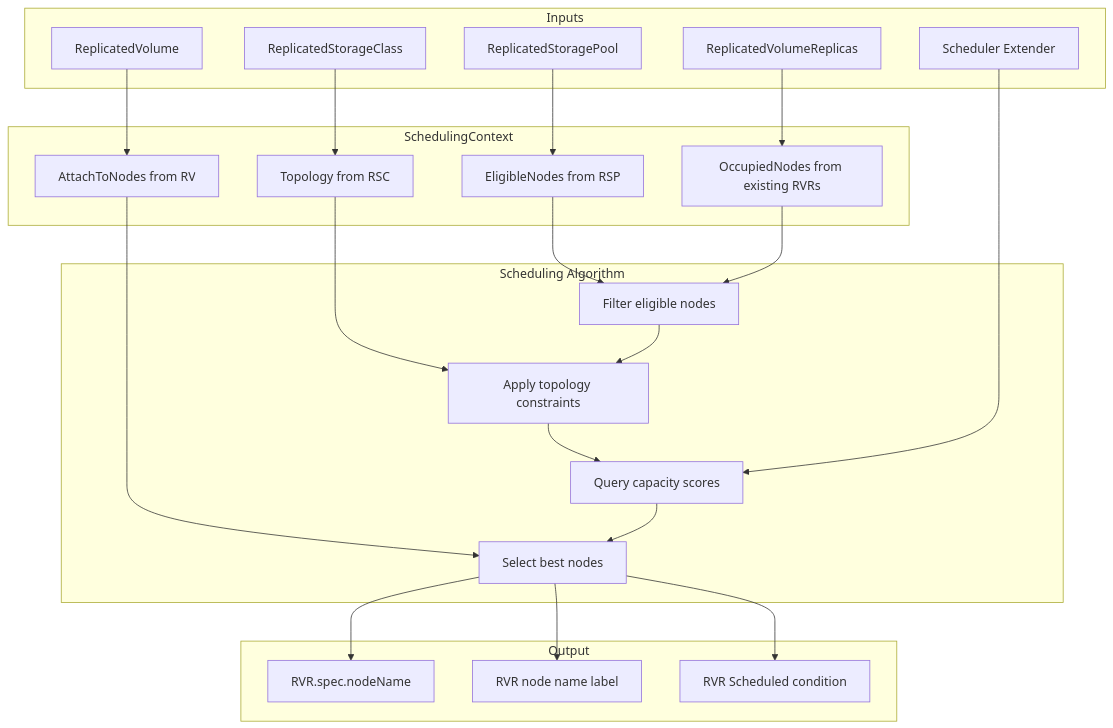
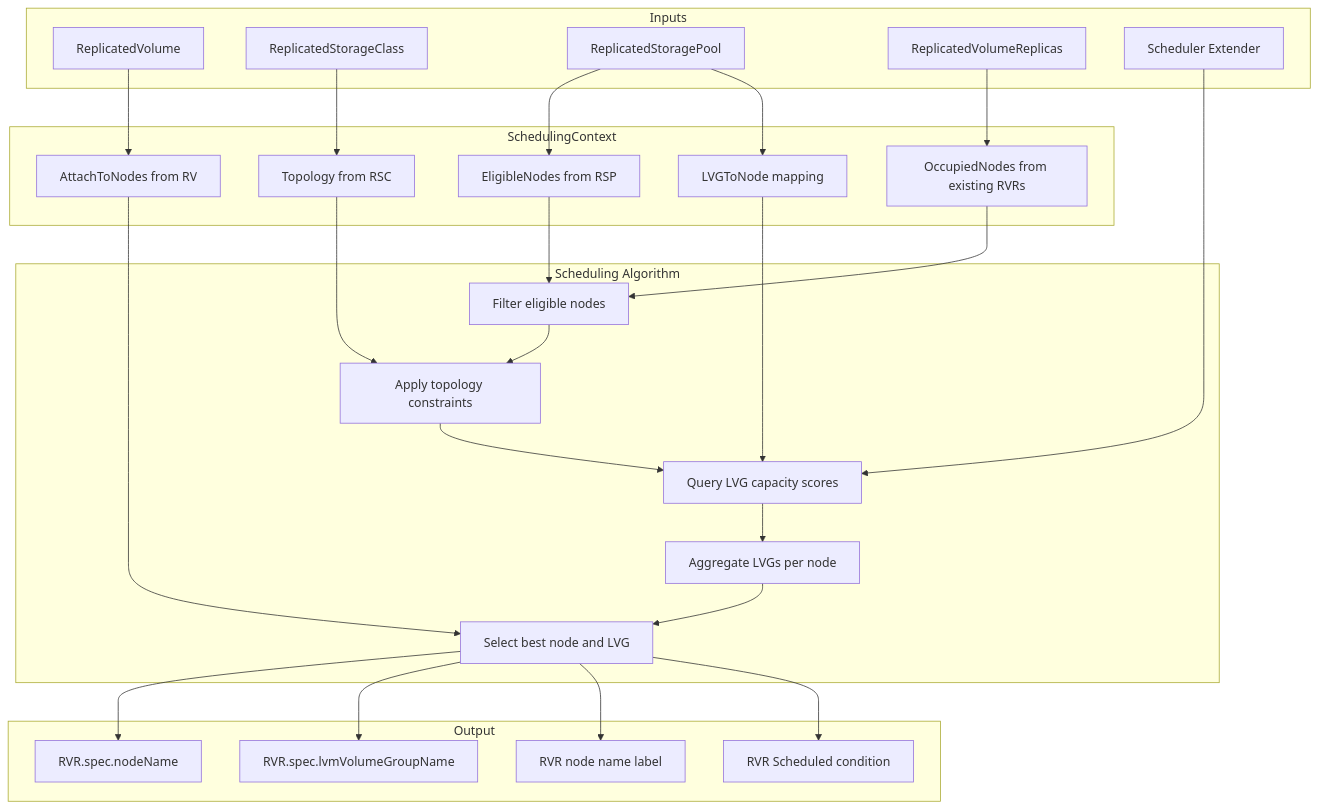
Before and after one commit to deckhouse/sds-replicated-volume: the second of 2 diagrams in images/controller/internal/controllers/rvr_scheduling_controller/README.md, drawn with Mermaid. The commit also changed other lines of this file and 3 other files, not shown here.

````diff
--- a/images/controller/internal/controllers/rvr_scheduling_controller/README.md
+++ b/images/controller/internal/controllers/rvr_scheduling_controller/README.md
@@ -186,48 +221,55 @@
 ```mermaid
 flowchart TD
     subgraph inputs [Inputs]
         RV[ReplicatedVolume]
         RSC[ReplicatedStorageClass]
         RSP[ReplicatedStoragePool]
         RVRs[ReplicatedVolumeReplicas]
         Extender[Scheduler Extender]
     end
 
     subgraph context [SchedulingContext]
         EligibleNodes[EligibleNodes from RSP]
+        LVGToNode[LVGToNode mapping]
         AttachTo[AttachToNodes from RV]
         Topology[Topology from RSC]
         OccupiedNodes[OccupiedNodes from existing RVRs]
     end
 
     subgraph scheduling [Scheduling Algorithm]
         FilterEligible[Filter eligible nodes]
         ApplyTopology[Apply topology constraints]
-        QueryCapacity[Query capacity scores]
-        SelectBest[Select best nodes]
+        QueryCapacity[Query LVG capacity scores]
+        AggregateLVG[Aggregate LVGs per node]
+        SelectBest[Select best node and LVG]
     end
 
     subgraph output [Output]
         NodeName[RVR.spec.nodeName]
+        LVGName[RVR.spec.lvmVolumeGroupName]
         NodeLabel[RVR node name label]
         ScheduledCond[RVR Scheduled condition]
     end
 
     RV --> AttachTo
     RSC --> Topology
     RSP --> EligibleNodes
+    RSP --> LVGToNode
     RVRs --> OccupiedNodes
 
     EligibleNodes --> FilterEligible
     OccupiedNodes --> FilterEligible
     FilterEligible --> ApplyTopology
     Topology --> ApplyTopology
     ApplyTopology --> QueryCapacity
+    LVGToNode --> QueryCapacity
     Extender --> QueryCapacity
-    QueryCapacity --> SelectBest
+    QueryCapacity --> AggregateLVG
+    AggregateLVG --> SelectBest
     AttachTo --> SelectBest
 
     SelectBest --> NodeName
+    SelectBest --> LVGName
     SelectBest --> NodeLabel
     SelectBest --> ScheduledCond
 ```
````
